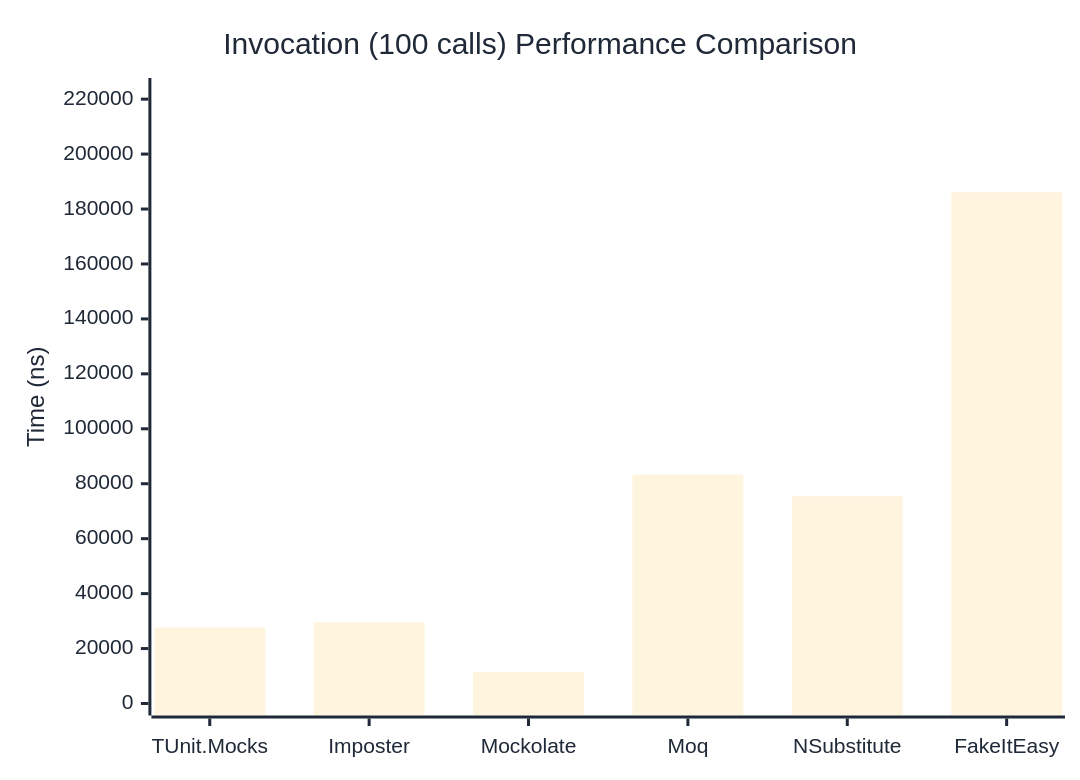
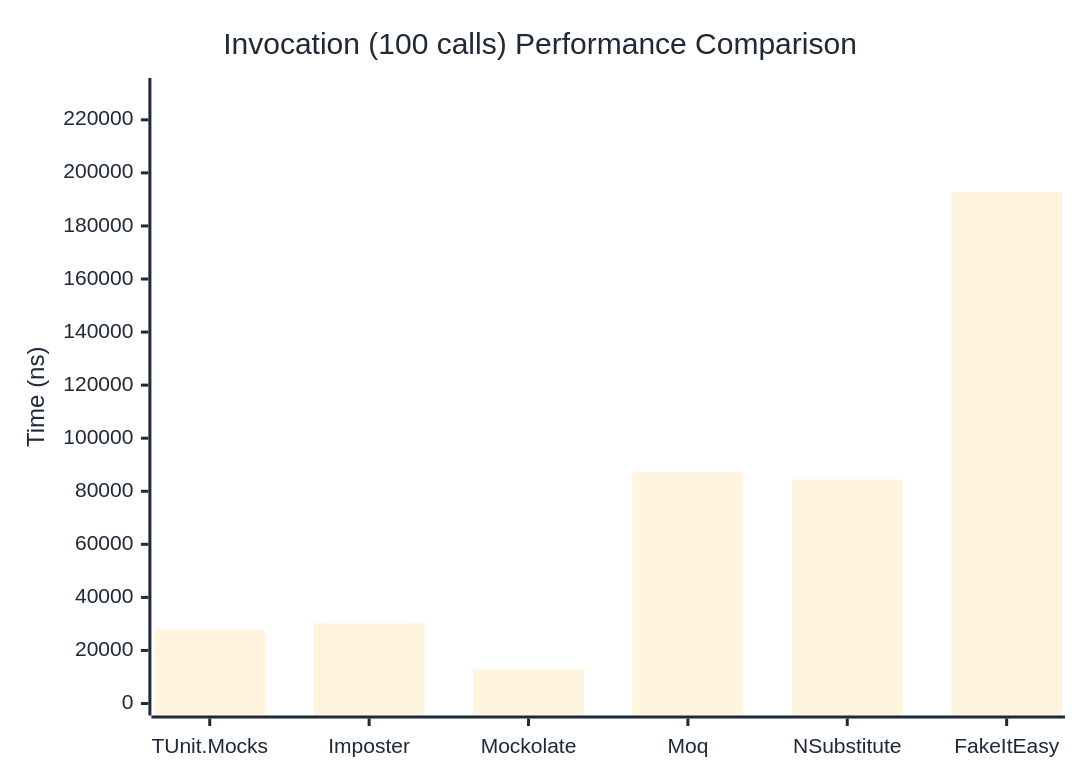
One commit to thomhurst/TUnit changed the third of 3 diagrams in docs/docs/benchmarks/mocks/Invocation.md. Above: the diagram before and after it, drawn with Mermaid. The commit also changed other lines of this file and 14 other files, not shown here.

````diff
--- a/docs/docs/benchmarks/mocks/Invocation.md
+++ b/docs/docs/benchmarks/mocks/Invocation.md
@@ -112,27 +112,27 @@
 ```mermaid
 %%{init: {
   'theme':'base',
   'themeVariables': {
     'primaryColor': '#2563eb',
     'primaryTextColor': '#1f2937',
     'primaryBorderColor': '#1e40af',
     'lineColor': '#6b7280',
     'secondaryColor': '#7c3aed',
     'tertiaryColor': '#dc2626',
     'background': '#ffffff',
     'pie1': '#2563eb',
     'pie2': '#7c3aed',
     'pie3': '#dc2626',
     'pie4': '#f59e0b',
     'pie5': '#10b981',
     'pie6': '#06b6d4',
     'pie7': '#ec4899',
     'pie8': '#6366f1'
   }
 }}%%
 xychart-beta
   title "Invocation (100 calls) Performance Comparison"
   x-axis ["TUnit.Mocks", "Imposter", "Mockolate", "Moq", "NSubstitute", "FakeItEasy"]
-  y-axis "Time (ns)" 0 --> 223329
-  bar [27638.69, 29573.68, 11545.3, 83341.67, 75440.95, 186107.5]
+  y-axis "Time (ns)" 0 --> 231247
+  bar [27935.7, 30228, 13100.4, 87322.3, 84457.3, 192705.8]
 ```
````
